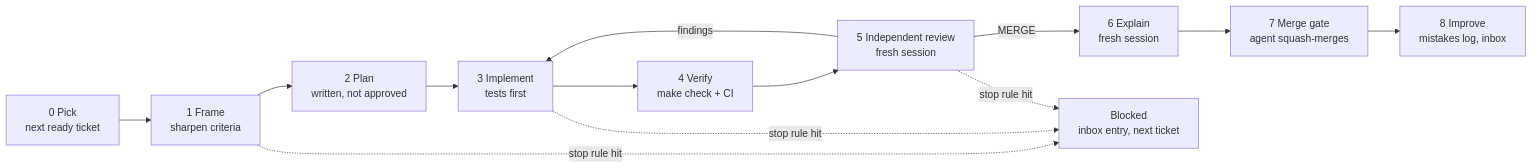
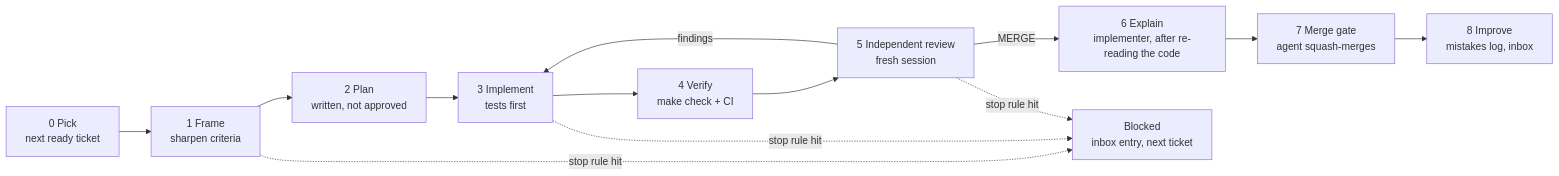
One commit to JamesSoh2000/Condo-app-revised changed the diagram in docs/AI_AGENT_PLAYBOOK.md. Above: the diagram before and after it, drawn with Mermaid. The commit also changed other lines of this file and 13 other files, not shown here.

````diff
--- a/docs/AI_AGENT_PLAYBOOK.md
+++ b/docs/AI_AGENT_PLAYBOOK.md
@@ -18,13 +18,13 @@
 ```mermaid
 flowchart LR
     S[0 Pick<br/>next ready ticket] --> F[1 Frame<br/>sharpen criteria]
     F --> P[2 Plan<br/>written, not approved]
     P --> I[3 Implement<br/>tests first]
     I --> V[4 Verify<br/>make check + CI]
     V --> R[5 Independent review<br/>fresh session]
     R -->|findings| I
-    R -->|MERGE| E[6 Explain<br/>fresh session]
+    R -->|MERGE| E[6 Explain<br/>implementer, after re-reading the code]
     E --> M[7 Merge gate<br/>agent squash-merges]
     M --> L[8 Improve<br/>mistakes log, inbox]
     F & I & R -.->|stop rule hit| B[Blocked<br/>inbox entry, next ticket]
 ```
````
